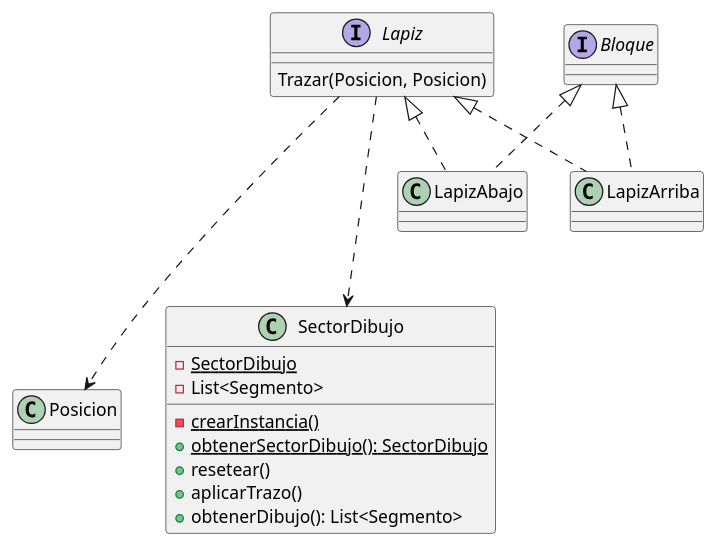
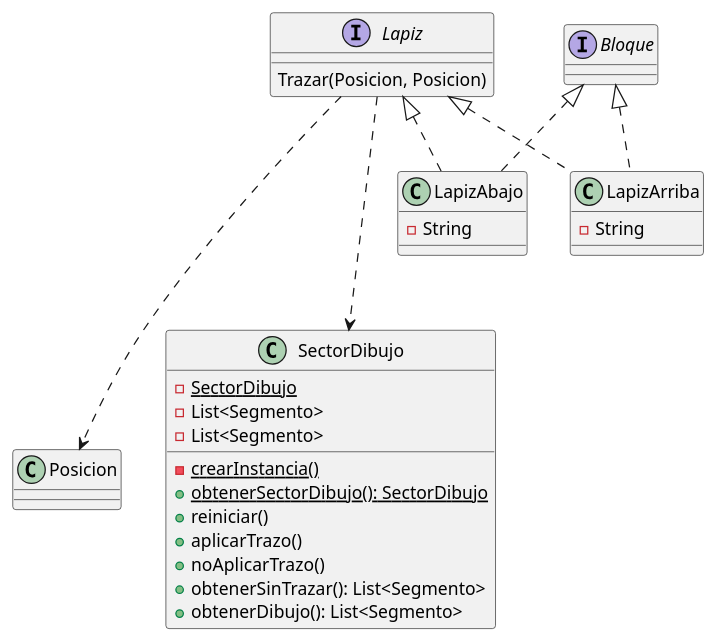
One commit to trinibucc/TP2-AlgoBlocks changed the diagram in Diagramas UML/Clases/Lapiz y SectorDibujo.puml. Above: the diagram before and after it, drawn with PlantUML. The commit also changed 7 other files, not shown here.

Commit message:
Actualize diagramas de clases.

```diff
--- a/Diagramas UML/Clases/Lapiz y SectorDibujo.puml
+++ b/Diagramas UML/Clases/Lapiz y SectorDibujo.puml
@@ -1,24 +1,29 @@
 @startuml
 
 interface Lapiz{
     Trazar(Posicion, Posicion)
 }
 Lapiz ...> Posicion
 Lapiz ...> SectorDibujo
 
 class LapizAbajo implements Lapiz, Bloque{
+    - String
 }
 
 class LapizArriba implements Lapiz, Bloque{
+    - String
 }
 
 class SectorDibujo{
     - {static} SectorDibujo
     - List<Segmento>
+    - List<Segmento>
     - {static} crearInstancia()
     + {static} obtenerSectorDibujo(): SectorDibujo
-    + resetear()
+    + reiniciar()
     + aplicarTrazo()
+    + noAplicarTrazo()
+    + obtenerSinTrazar(): List<Segmento>
     + obtenerDibujo(): List<Segmento>
 }
 @enduml
```
